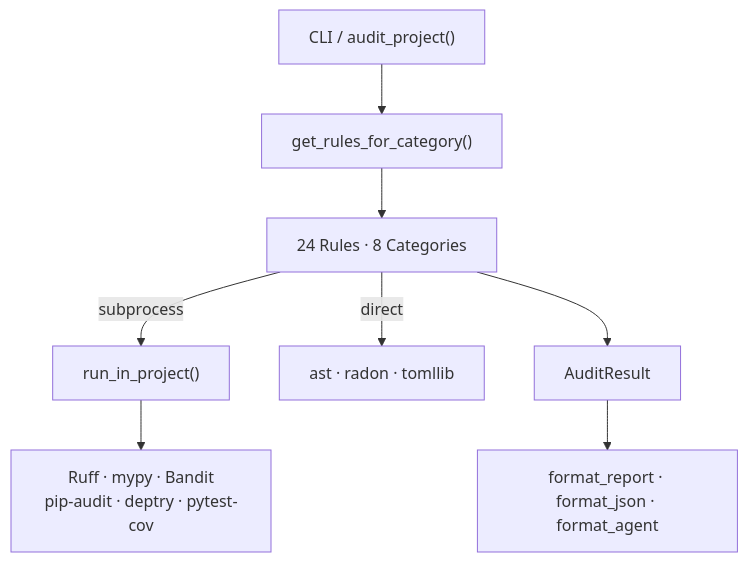
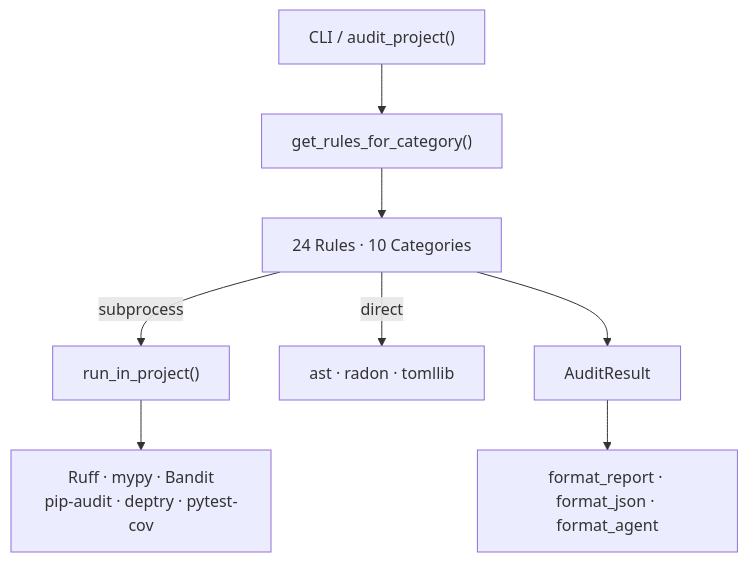
Before and after one commit to axm-protocols/axm-forge: the first of 2 diagrams in docs/explanation/architecture.md, drawn with Mermaid. The commit also changed other lines of this file and 10 other files, not shown here.

````diff
--- a/docs/explanation/architecture.md
+++ b/docs/explanation/architecture.md
@@ -7,10 +7,10 @@
 ```mermaid
 graph TB
     API["CLI / audit_project()"] --> Auditor["get_rules_for_category()"]
-    Auditor --> Rules["24 Rules · 8 Categories"]
+    Auditor --> Rules["24 Rules · 10 Categories"]
     Rules -->|subprocess| Runner["run_in_project()"]
     Rules -->|direct| AST["ast · radon · tomllib"]
     Runner --> Tools["Ruff · mypy · Bandit\npip-audit · deptry · pytest-cov"]
     Rules --> Result["AuditResult"]
     Result --> Fmt["format_report · format_json · format_agent"]
 ```
````
